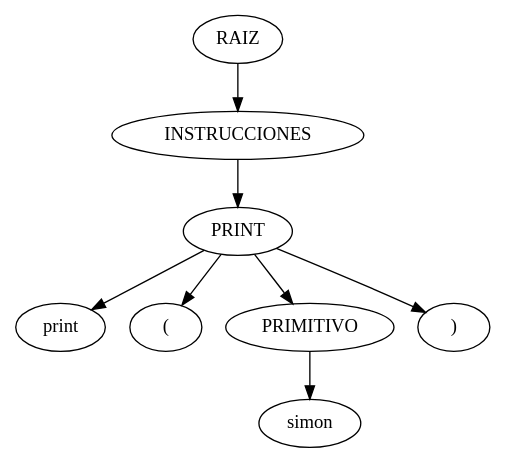
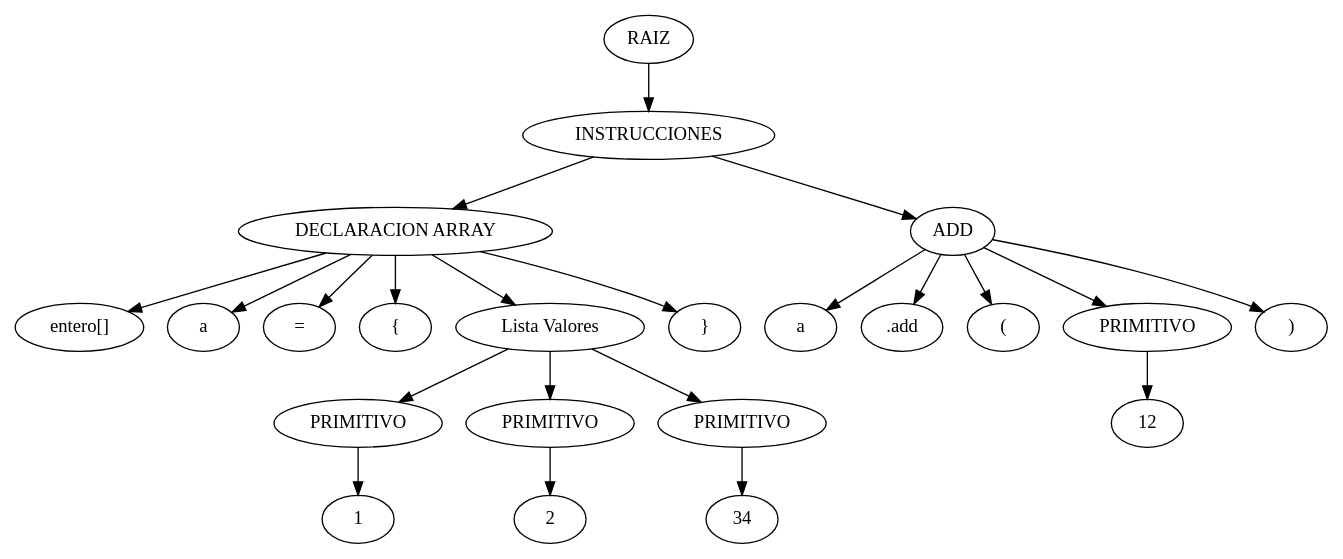
The diagram in src/Reportes/AST.dot (AdrianMolina2000/OLC1-Proyecto2-201903850), drawn with Graphviz before and after one commit. The commit also changed 4 other files, not shown here.

```diff
--- a/src/Reportes/AST.dot
+++ b/src/Reportes/AST.dot
@@ -1,17 +1,45 @@
 digraph {
 n0[label="RAIZ"];
 n1[label="INSTRUCCIONES"];
 n0->n1;
-n2[label="PRINT"];
+n2[label="DECLARACION ARRAY"];
 n1->n2;
-n3[label="print"];
+n3[label="entero[]"];
 n2->n3;
-n4[label="("];
+n4[label="a"];
 n2->n4;
-n5[label="PRIMITIVO"];
+n5[label="="];
 n2->n5;
-n6[label="simon"];
-n5->n6;
-n7[label=")"];
+n6[label="{"];
+n2->n6;
+n7[label="Lista Valores"];
 n2->n7;
+n8[label="PRIMITIVO"];
+n7->n8;
+n9[label="1"];
+n8->n9;
+n10[label="PRIMITIVO"];
+n7->n10;
+n11[label="2"];
+n10->n11;
+n12[label="PRIMITIVO"];
+n7->n12;
+n13[label="34"];
+n12->n13;
+n14[label="}"];
+n2->n14;
+n15[label="ADD"];
+n1->n15;
+n16[label="a"];
+n15->n16;
+n17[label=".add"];
+n15->n17;
+n18[label="("];
+n15->n18;
+n19[label="PRIMITIVO"];
+n15->n19;
+n20[label="12"];
+n19->n20;
+n21[label=")"];
+n15->n21;
 }
```
